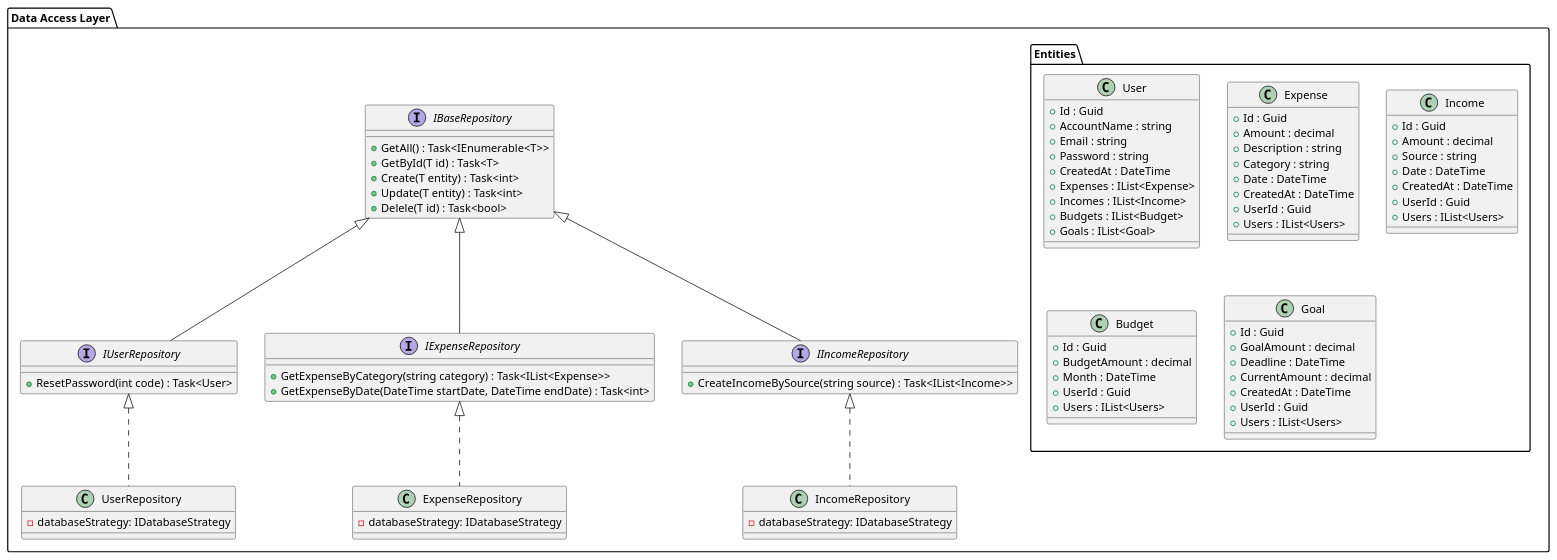
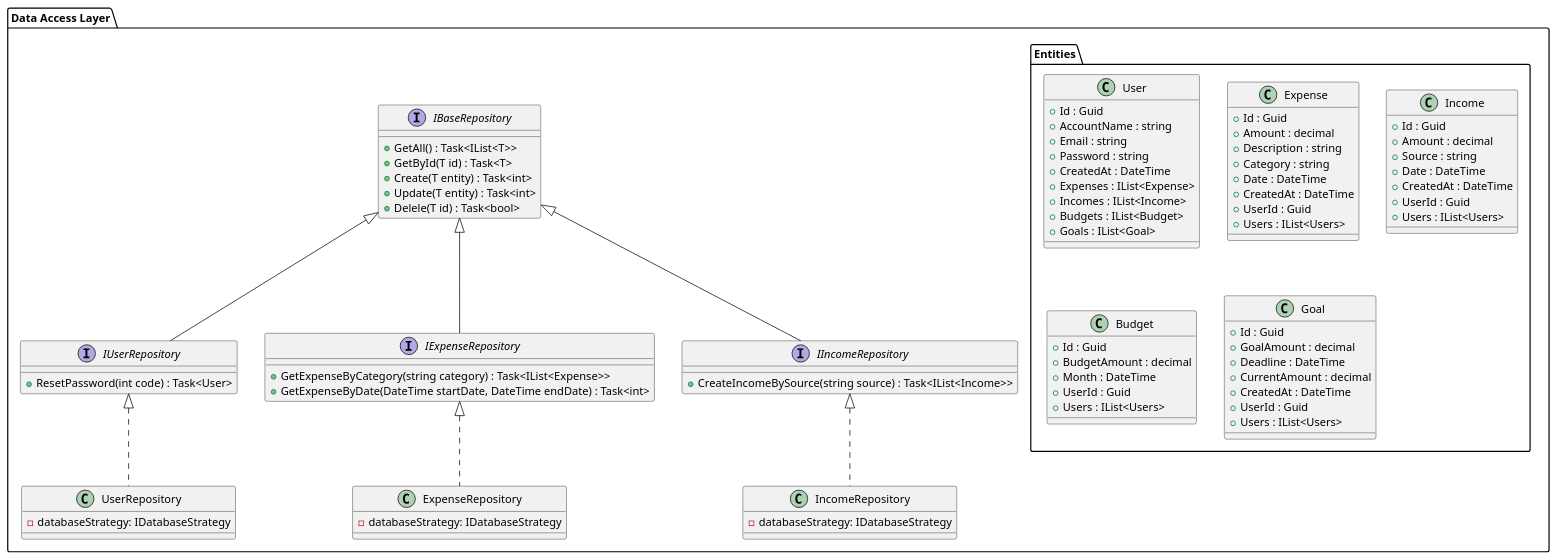
The diagram in docs/uml/data-access.puml (programacion-6/ExpenseTrackerGrupo2), drawn with PlantUML before and after one commit.

Commit message:
docs: update return type in base repository

```diff
--- a/docs/uml/data-access.puml
+++ b/docs/uml/data-access.puml
@@ -1,91 +1,91 @@
 @startuml Data Access
 
 package "Data Access Layer" {
     interface IBaseRepository {
-        + GetAll() : Task<IEnumerable<T>>  
+        + GetAll() : Task<IList<T>>  
         + GetById(T id) : Task<T>
         + Create(T entity) : Task<int>
         + Update(T entity) : Task<int>
-        + Delele(T id) : Task<bool> 
+        + Delele(T id) : Task<bool>
     }
 
     interface IUserRepository implements IBaseRepository {
         + ResetPassword(int code) : Task<User>
     }
     
     interface IExpenseRepository implements IBaseRepository {
         + GetExpenseByCategory(string category) : Task<IList<Expense>>
         + GetExpenseByDate(DateTime startDate, DateTime endDate) : Task<int>
     }
 
     interface IIncomeRepository implements IBaseRepository {
         + CreateIncomeBySource(string source) : Task<IList<Income>>
     }
 
     class UserRepository implements IUserRepository {
         - databaseStrategy: IDatabaseStrategy
     }
 
     class ExpenseRepository implements IExpenseRepository {
         - databaseStrategy: IDatabaseStrategy
     }
 
     class IncomeRepository implements IIncomeRepository {
         - databaseStrategy: IDatabaseStrategy
     }
 
     package "Entities" {
         class User {
             + Id : Guid
             + AccountName : string
             + Email : string
             + Password : string
             + CreatedAt : DateTime
             + Expenses : IList<Expense>
             + Incomes : IList<Income>
             + Budgets : IList<Budget>
             + Goals : IList<Goal>
         }
 
         class Expense {
             + Id : Guid
             + Amount : decimal
             + Description : string
             + Category : string
             + Date : DateTime
             + CreatedAt : DateTime
             + UserId : Guid
             + Users : IList<Users>
         }
 
         class Income {
             + Id : Guid
             + Amount : decimal
             + Source : string
             + Date : DateTime
             + CreatedAt : DateTime
             + UserId : Guid
             + Users : IList<Users>
         }
 
         class Budget {
             + Id : Guid
             + BudgetAmount : decimal
             + Month : DateTime
             + UserId : Guid
             + Users : IList<Users>
         }
 
         class Goal {
             + Id : Guid
             + GoalAmount : decimal
             + Deadline : DateTime
             + CurrentAmount : decimal
             + CreatedAt : DateTime
             + UserId : Guid
             + Users : IList<Users>
         }
     }
 }
 
 @enduml
```
